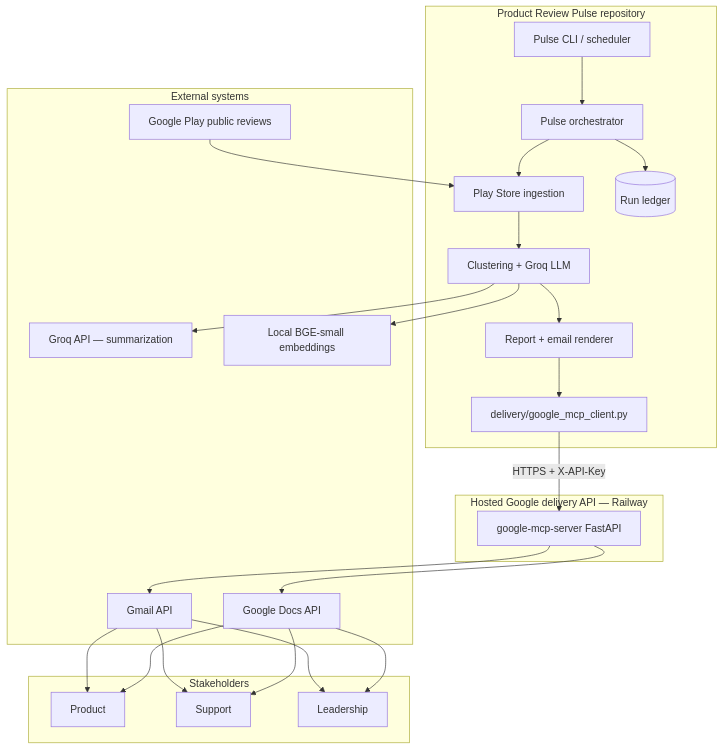
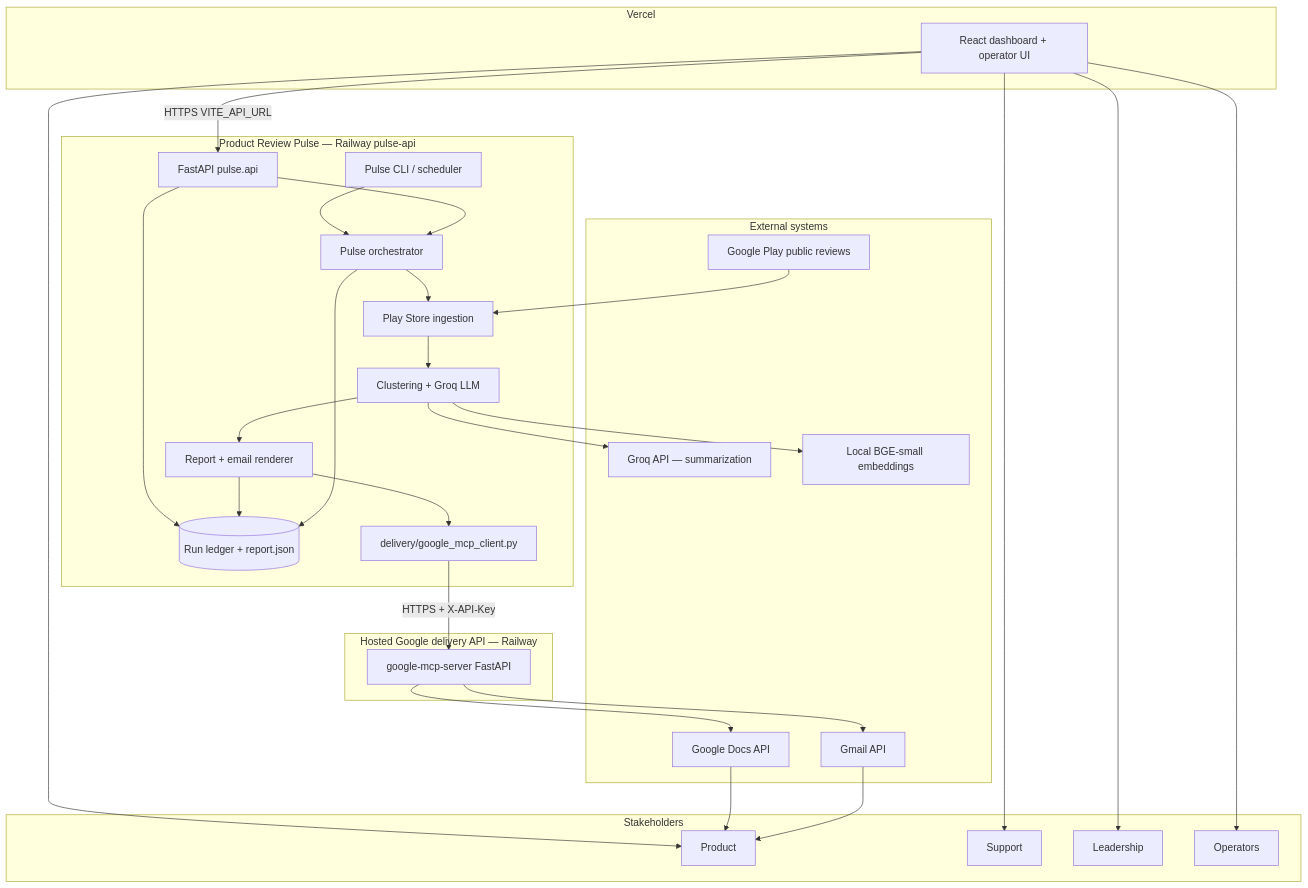
Before and after one commit to barath-srinivas/Product_Pulse_UI: the first of 6 diagrams in docs/architecture.md, drawn with Mermaid. The commit also changed other lines of this file and 62 other files, not shown here.

First line of the commit message:
Add React dashboard, FastAPI backend, and Railway/Vercel deployment docs.

````diff
--- a/docs/architecture.md
+++ b/docs/architecture.md
@@ -27,47 +31,57 @@
 ```mermaid
 flowchart TB
   subgraph external [External systems]
     GP[Google Play public reviews]
     GROQ[Groq API — summarization]
     BGE[Local BGE-small embeddings]
     GDOC[Google Docs API]
     GMAIL[Gmail API]
   end
 
-  subgraph repo [Product Review Pulse repository]
+  subgraph vercel [Vercel]
+    UI[React dashboard + operator UI]
+  end
+
+  subgraph repo [Product Review Pulse — Railway pulse-api]
+    API[FastAPI pulse.api]
     CLI[Pulse CLI / scheduler]
     AGENT[Pulse orchestrator]
     ING[Play Store ingestion]
     REASON[Clustering + Groq LLM]
     RENDER[Report + email renderer]
-    LEDGER[(Run ledger)]
+    LEDGER[(Run ledger + report.json)]
     DELIVERY[delivery/google_mcp_client.py]
   end
 
   subgraph hosted [Hosted Google delivery API — Railway]
     GAPI[google-mcp-server FastAPI]
   end
 
   subgraph stakeholders [Stakeholders]
     PROD[Product]
     SUP[Support]
     LEAD[Leadership]
+    OPS[Operators]
   end
 
   GP --> ING
   REASON --> GROQ
   REASON --> BGE
   CLI --> AGENT
+  UI -->|HTTPS VITE_API_URL| API
+  API --> AGENT
+  API --> LEDGER
   AGENT --> ING --> REASON --> RENDER
   RENDER --> DELIVERY
+  RENDER --> LEDGER
   DELIVERY -->|HTTPS + X-API-Key| GAPI
   GAPI --> GDOC
   GAPI --> GMAIL
   AGENT --> LEDGER
+  UI --> PROD
+  UI --> SUP
+  UI --> LEAD
+  UI --> OPS
   GDOC --> PROD
-  GDOC --> SUP
-  GDOC --> LEAD
   GMAIL --> PROD
-  GMAIL --> SUP
-  GMAIL --> LEAD
 ```
````
